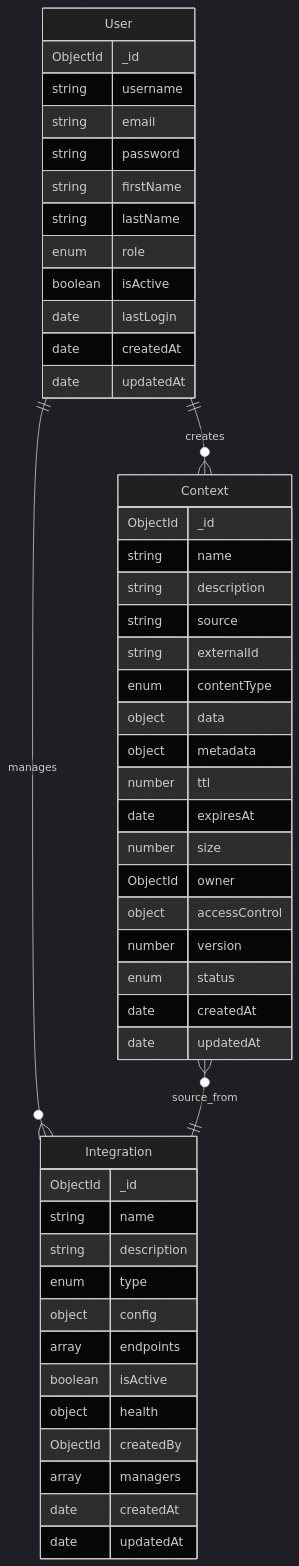
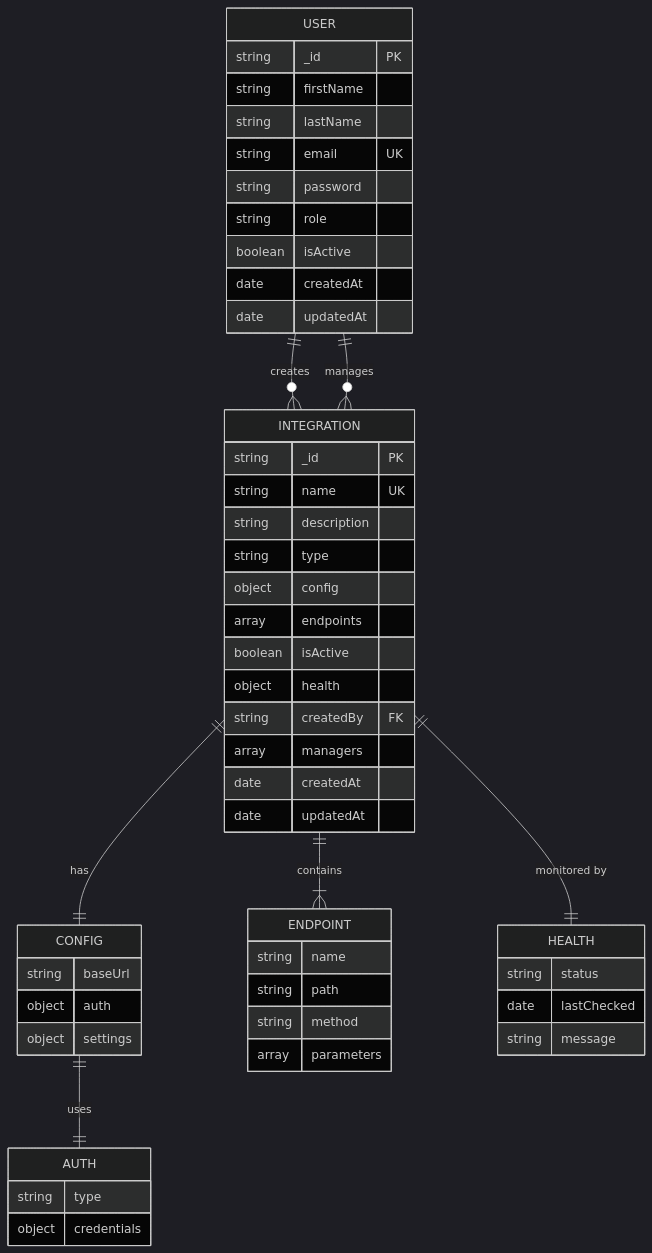
The fifth of 5 diagrams in diagrams/index.md (madosh/MCP-ITSM), drawn with Mermaid (dark theme) before and after one commit. The commit also changed other lines of this file and 6 other files, not shown here.

Commit message:
Add comprehensive diagrams for ITSM Integration Platform

````diff
--- a/diagrams/index.md
+++ b/diagrams/index.md
@@ -94,55 +255,60 @@
 ```mermaid
 erDiagram
-    User ||--o{ Context : creates
-    User ||--o{ Integration : manages
-    Context }o--|| Integration : source_from
-    
-    User {
-        ObjectId _id
-        string username
-        string email
-        string password
+    USER {
+        string _id PK
         string firstName
         string lastName
-        enum role
+        string email UK
+        string password
+        string role
         boolean isActive
-        date lastLogin
         date createdAt
         date updatedAt
     }
     
-    Context {
-        ObjectId _id
-        string name
+    INTEGRATION {
+        string _id PK
+        string name UK
         string description
-        string source
-        string externalId
-        enum contentType
-        object data
-        object metadata
-        number ttl
-        date expiresAt
-        number size
-        ObjectId owner
-        object accessControl
-        number version
-        enum status
+        string type
+        object config
+        array endpoints
+        boolean isActive
+        object health
+        string createdBy FK
+        array managers
         date createdAt
         date updatedAt
     }
     
-    Integration {
-        ObjectId _id
+    CONFIG {
+        string baseUrl
+        object auth
+        object settings
+    }
+    
+    ENDPOINT {
         string name
-        string description
-        enum type
-        object config
-        array endpoints
-        boolean isActive
-        object health
-        ObjectId createdBy
-        array managers
-        date createdAt
-        date updatedAt
+        string path
+        string method
+        array parameters
     }
-```
+    
+    HEALTH {
+        string status
+        date lastChecked
+        string message
+    }
+    
+    AUTH {
+        string type
+        object credentials
+    }
+    
+    USER ||--o{ INTEGRATION : "creates"
+    USER ||--o{ INTEGRATION : "manages"
+    INTEGRATION ||--|{ ENDPOINT : "contains"
+    INTEGRATION ||--|| CONFIG : "has"
+    INTEGRATION ||--|| HEALTH : "monitored by"
+    CONFIG ||--|| AUTH : "uses"
+``` 
````
